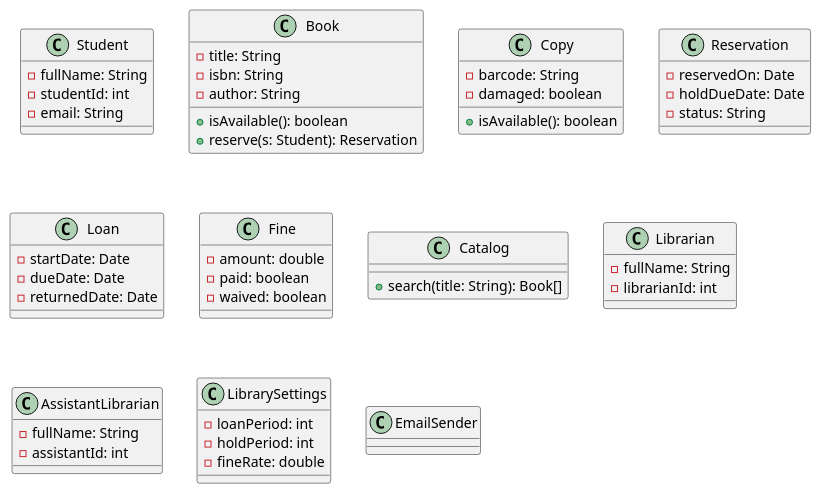
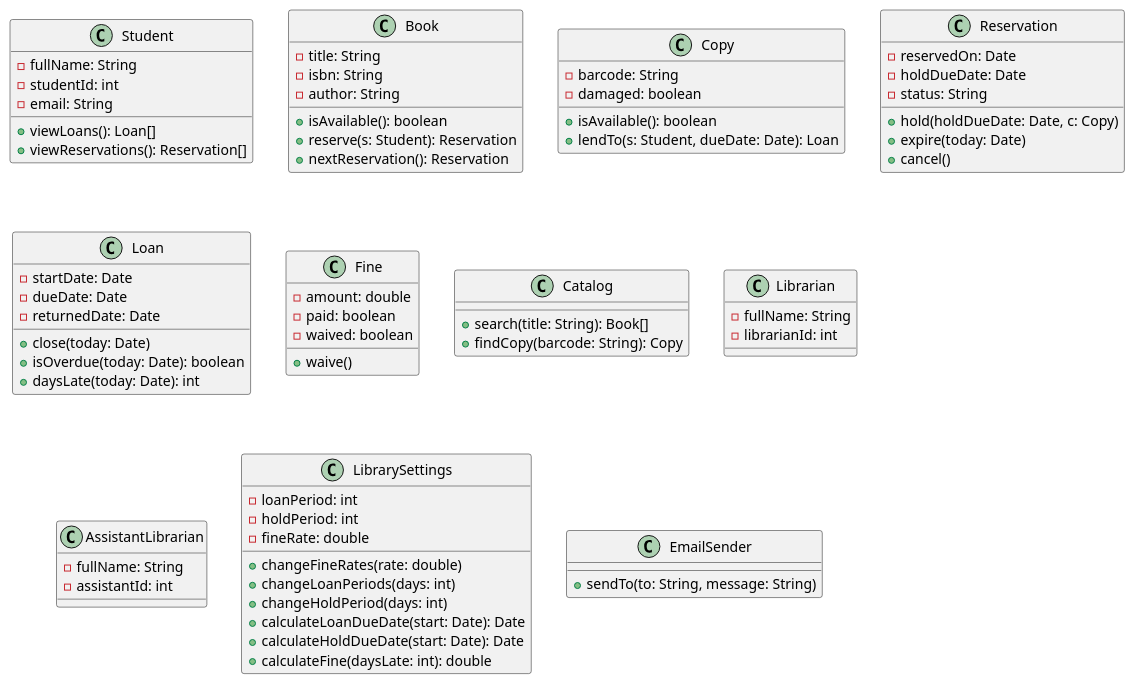
The diagram in docs/uml/class-diagram.puml (erionelezaj/LibrarySystem-SW-Design-Principles), drawn with PlantUML before and after one commit.

Commit message:
Added Operations to each class

```diff
--- a/docs/uml/class-diagram.puml
+++ b/docs/uml/class-diagram.puml
@@ -1,69 +1,91 @@
 @startuml LibrarySystem
 
 class Student {
     - fullName: String
     - studentId: int
     - email: String
+    + viewLoans(): Loan[]
+    + viewReservations(): Reservation[]
 }
 
 
 class Book {
     - title: String
     - isbn: String
     - author: String
     + isAvailable(): boolean
     + reserve(s: Student): Reservation
+    + nextReservation(): Reservation
 }
+
 class Copy {
     - barcode: String
     - damaged: boolean
     + isAvailable(): boolean
+    + lendTo(s: Student, dueDate: Date): Loan
 }
 
 
 
 class Reservation {
     - reservedOn: Date
     - holdDueDate: Date
     - status: String
+    + hold(holdDueDate: Date, c: Copy)
+    + expire(today: Date)
+    + cancel()
 }
 
 
 
 
 class Loan {
     - startDate: Date
     - dueDate: Date
     - returnedDate: Date
+    + close(today: Date)
+    + isOverdue(today: Date): boolean
+    + daysLate(today: Date): int
 }
 
 
 class Fine {
     - amount: double
     - paid: boolean
     - waived: boolean
+    + waive()
 }
 
 class Catalog {
     + search(title: String): Book[]
+    + findCopy(barcode: String): Copy
 }
 class Librarian {
     - fullName: String
     - librarianId: int
 
 }
 
 class AssistantLibrarian {
     - fullName: String
     - assistantId: int
 }
 
 class LibrarySettings {
     - loanPeriod: int
     - holdPeriod: int
     - fineRate: double
+    + changeFineRates(rate: double)
+    + changeLoanPeriods(days: int)
+    + changeHoldPeriod(days: int)
+    + calculateLoanDueDate(start: Date): Date
+    + calculateHoldDueDate(start: Date): Date
+    + calculateFine(daysLate: int): double
+
 }
-class EmailSender
+class EmailSender {
+    + sendTo(to: String, message: String)
+}
 
 
 @enduml
```
